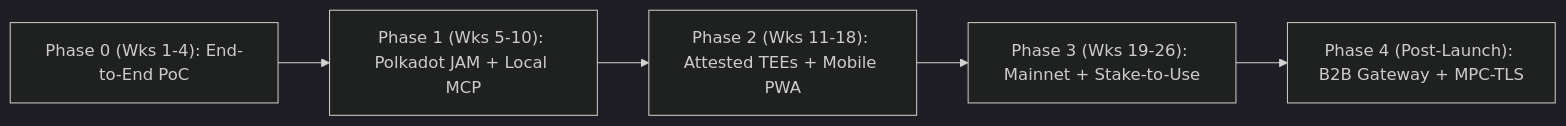
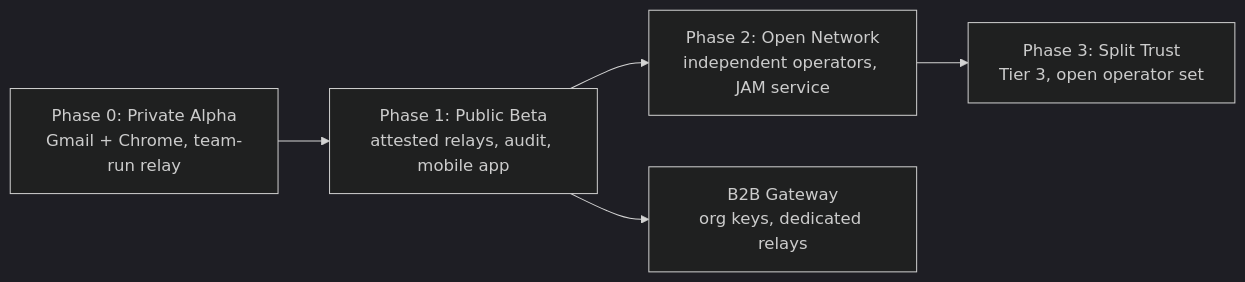
One commit to danicuki/zeromx changed the diagram in docs/04-roadmap.md. Above: the diagram before and after it, drawn with Mermaid (dark theme). The commit also changed other lines of this file and 8 other files, not shown here.

````diff
--- a/docs/04-roadmap.md
+++ b/docs/04-roadmap.md
@@ -5,7 +12,7 @@
 ```mermaid
 flowchart LR
-    M0["Phase 0 (Wks 1-4): End-to-End PoC"] --> M1["Phase 1 (Wks 5-10): Polkadot JAM + Local MCP"]
-    M1 --> M2["Phase 2 (Wks 11-18): Attested TEEs + Mobile PWA"]
-    M2 --> M3["Phase 3 (Wks 19-26): Mainnet + Stake-to-Use"]
-    M3 --> M4["Phase 4 (Post-Launch): B2B Gateway + MPC-TLS"]
+    P0["Phase 0: Private Alpha<br/>Gmail + Chrome, team-run relay"] --> P1["Phase 1: Public Beta<br/>attested relays, audit, mobile app"]
+    P1 --> P2["Phase 2: Open Network<br/>independent operators, JAM service"]
+    P2 --> P3["Phase 3: Split Trust<br/>Tier 3, open operator set"]
+    P1 --> B["B2B Gateway<br/>org keys, dedicated relays"]
 ```
````
